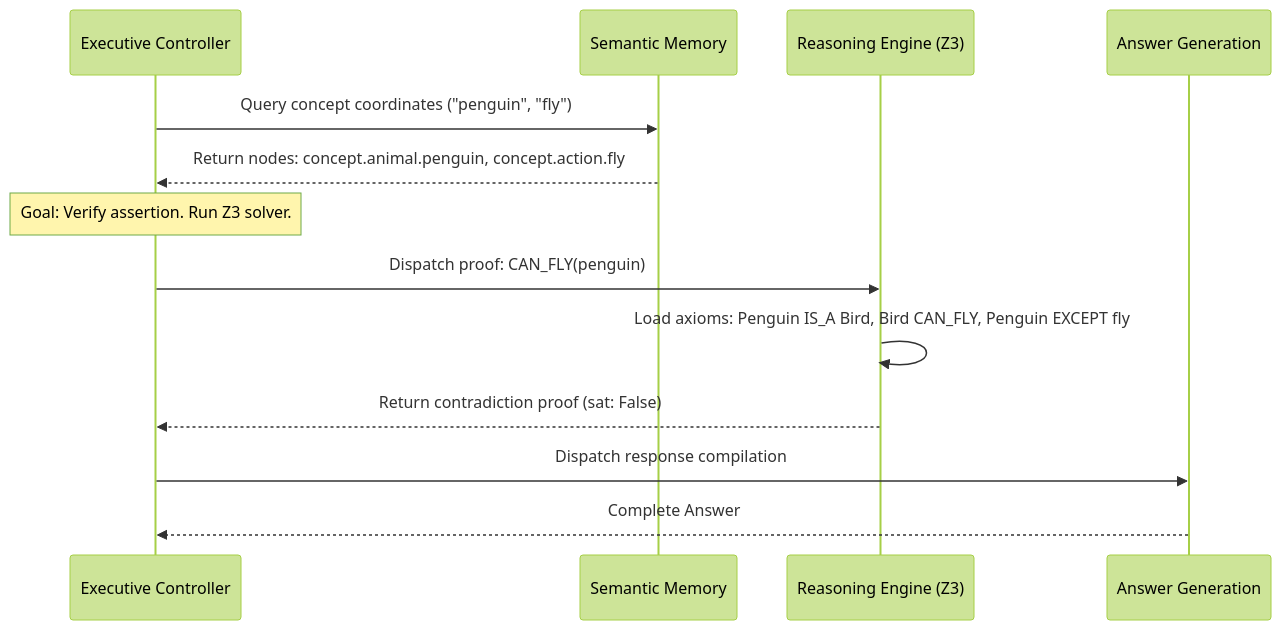
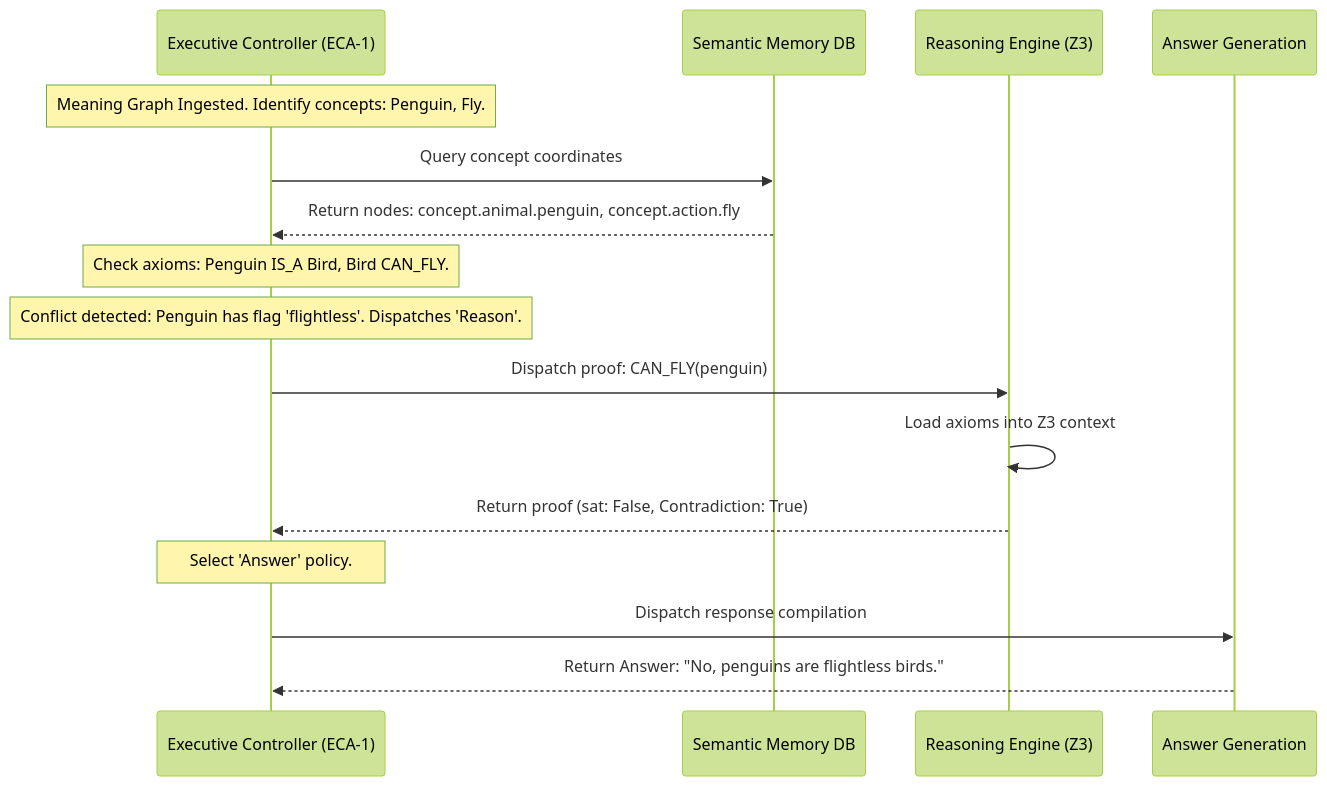
Before and after one commit to HNDS-HSCI/ai-model: the second of 2 diagrams in docs/architecture/cognition/Executive_Controller_Architecture_ECA_1.md, drawn with Mermaid (forest theme). The commit also changed other lines of this file, not shown here.

First line of the commit message:
Milestone 2 Inception: Expand Executive Controller Architecture (ECA-1) with Exhaustive Schedulers Details (v0.1.0-alpha)

````diff
--- a/docs/architecture/cognition/Executive_Controller_Architecture_ECA_1.md
+++ b/docs/architecture/cognition/Executive_Controller_Architecture_ECA_1.md
@@ -80,16 +138,19 @@
 ```mermaid
 sequenceDiagram
-    participant EC as Executive Controller
-    participant USM as Semantic Memory
+    participant EC as Executive Controller (ECA-1)
+    participant USM as Semantic Memory DB
     participant CRE as Reasoning Engine (Z3)
     participant AGE as Answer Generation
     
-    EC->>USM: Query concept coordinates ("penguin", "fly")
+    Note over EC: Meaning Graph Ingested. Identify concepts: Penguin, Fly.
+    EC->>USM: Query concept coordinates
     USM-->>EC: Return nodes: concept.animal.penguin, concept.action.fly
-    Note over EC: Goal: Verify assertion. Run Z3 solver.
+    Note over EC: Check axioms: Penguin IS_A Bird, Bird CAN_FLY.
+    Note over EC: Conflict detected: Penguin has flag 'flightless'. Dispatches 'Reason'.
     EC->>CRE: Dispatch proof: CAN_FLY(penguin)
-    CRE->>CRE: Load axioms: Penguin IS_A Bird, Bird CAN_FLY, Penguin EXCEPT fly
-    CRE-->>EC: Return contradiction proof (sat: False)
+    CRE->>CRE: Load axioms into Z3 context
+    CRE-->>EC: Return proof (sat: False, Contradiction: True)
+    Note over EC: Select 'Answer' policy.
     EC->>AGE: Dispatch response compilation
-    AGE-->>EC: Complete Answer
+    AGE-->>EC: Return Answer: "No, penguins are flightless birds."
 ```
````
